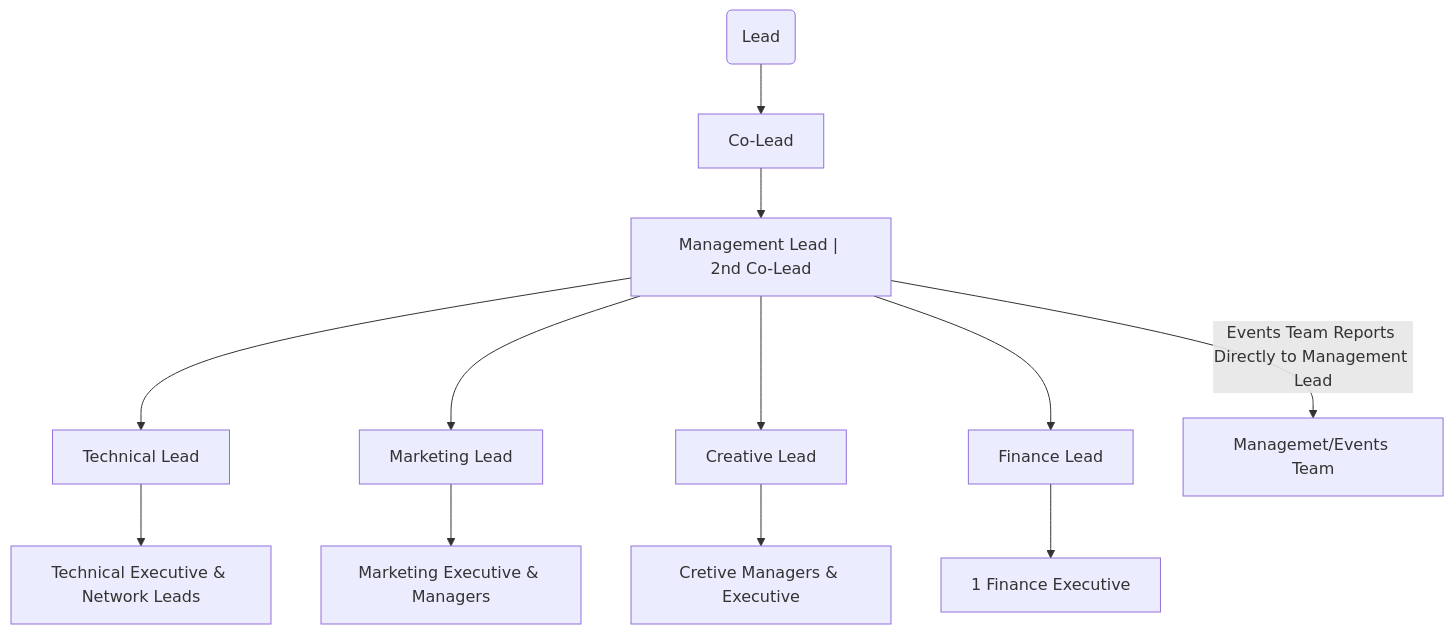
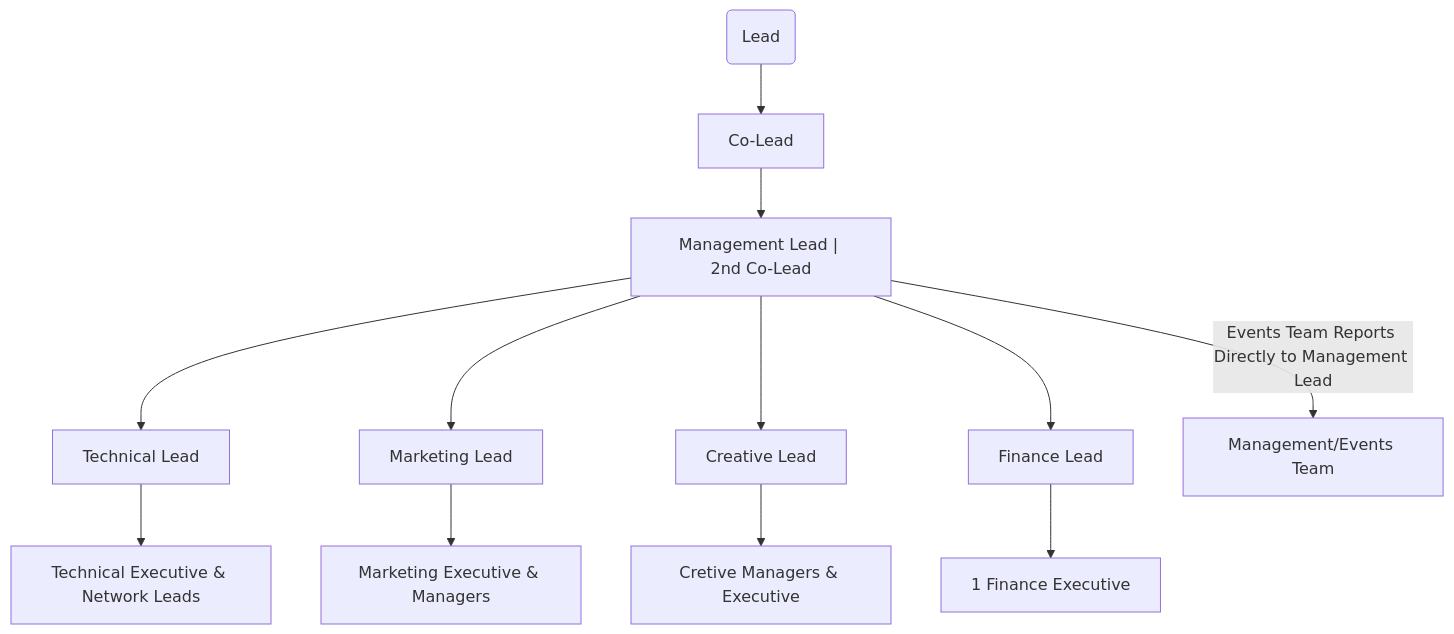
Before and after one commit to gdscbpdc/GDSC-SnP: the diagram in docs/council_structure.md, drawn with Mermaid.

````diff
--- a/docs/council_structure.md
+++ b/docs/council_structure.md
@@ -1,15 +1,15 @@
 ```mermaid
 flowchart TD
     A("Lead") --> B["Co-Lead"]
     B --> C["Management Lead | 2nd Co-Lead"]
     C-->D["Technical Lead"]
     C-->E["Marketing Lead"]
     C-->F["Creative Lead"]
     C-->G["Finance Lead"]
 
     D-->T["Technical Executive & Network Leads"] 
     E-->M["Marketing Executive & Managers"]
     F-->P["Cretive Managers & Executive"]
     G-->H["1 Finance Executive"]
-    C-->|Events Team Reports Directly to Management Lead | I["Managemet/Events Team"]
+    C-->|Events Team Reports Directly to Management Lead | I["Management/Events Team"]
 ```
````
